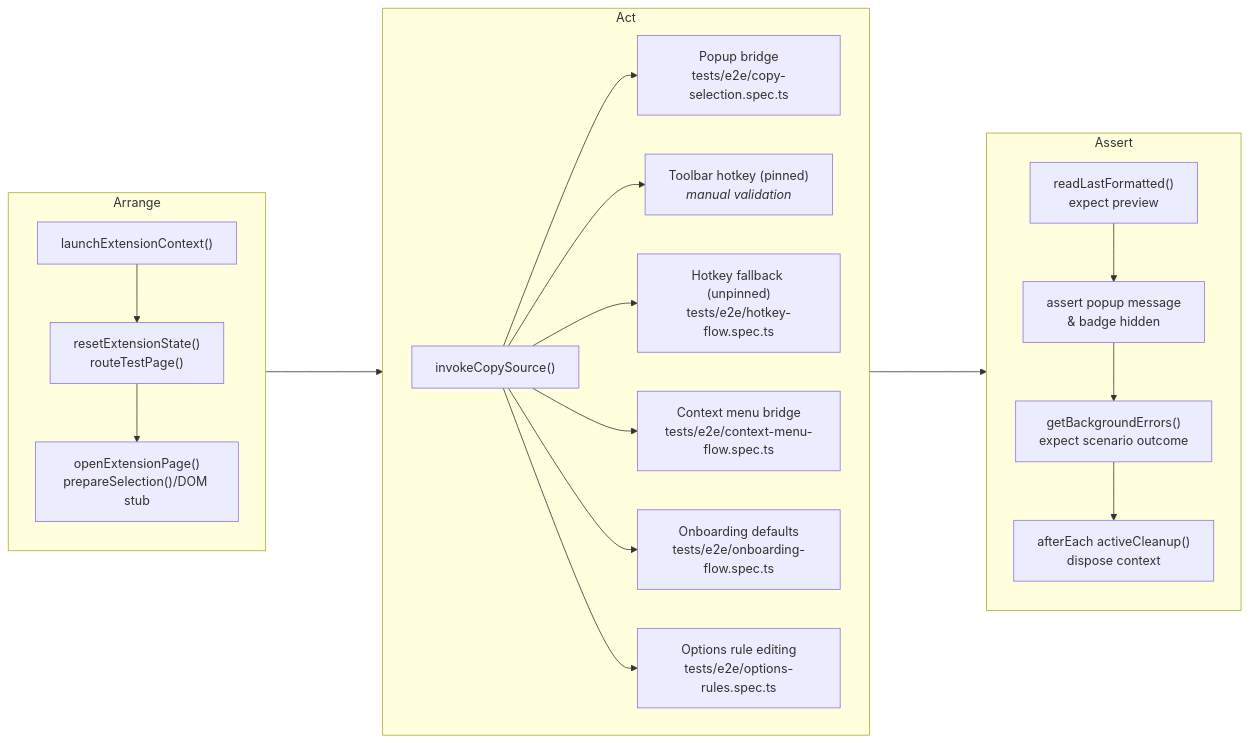
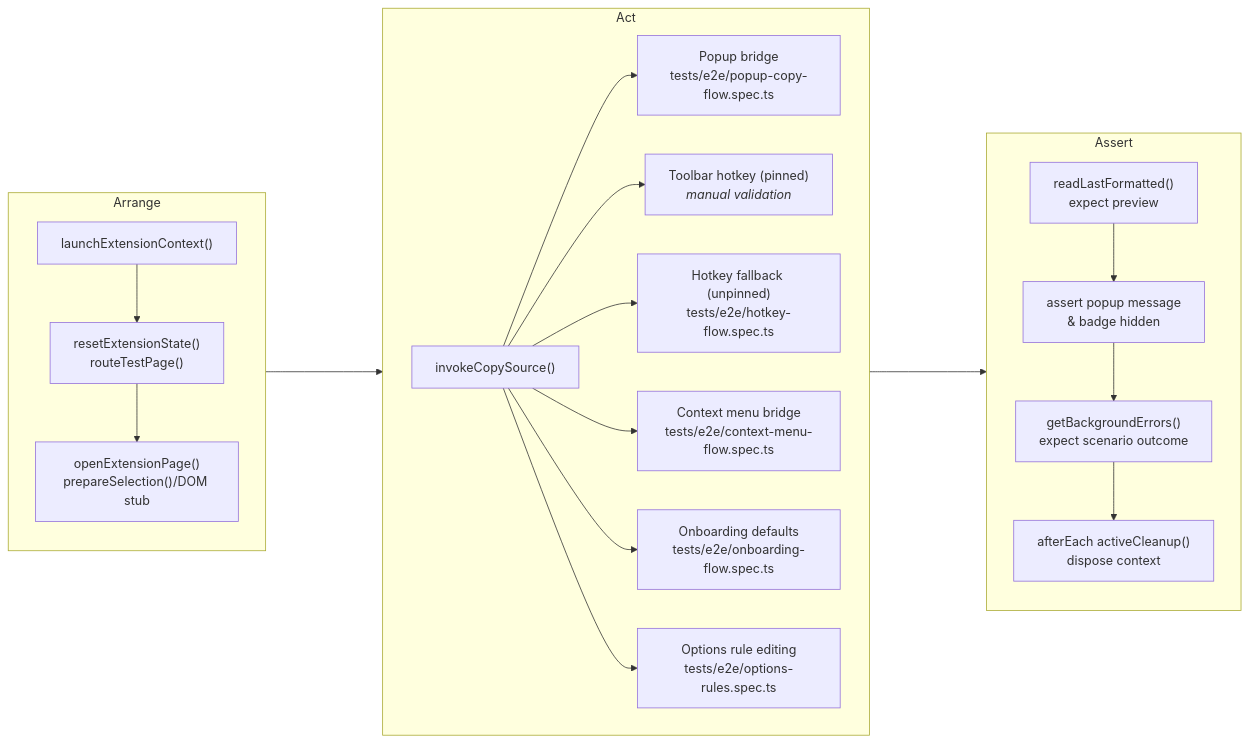
One commit to PabloLION/MarkQuote changed the diagram in docs/dev/test-coverage.md. Above: the diagram before and after it, drawn with Mermaid. The commit also changed other lines of this file and 2 other files, not shown here.

Commit message:
test(e2e): separate popup feedback and copy flows

````diff
--- a/docs/dev/test-coverage.md
+++ b/docs/dev/test-coverage.md
@@ -26,27 +26,27 @@
 ```mermaid
 flowchart LR
   %% Use IDs so we can link the subgraphs (not their inner nodes)
   subgraph ARR[Arrange]
     direction TB
     A["launchExtensionContext()"] --> B["resetExtensionState()<br/>routeTestPage()"] --> C["openExtensionPage()<br/>prepareSelection()/DOM stub"]
   end
   ARR ----> ACT
 
   subgraph ACT[Act]
     direction LR
     D["invokeCopySource()"]
-    D --> D1["Popup bridge<br/>tests/e2e/copy-selection.spec.ts"]
+    D --> D1["Popup bridge<br/>tests/e2e/popup-copy-flow.spec.ts"]
     D --> D2["Toolbar hotkey (pinned)<br/><em>manual validation</em>"]
     D --> D3["Hotkey fallback (unpinned)<br/>tests/e2e/hotkey-flow.spec.ts"]
     D --> D4["Context menu bridge<br/>tests/e2e/context-menu-flow.spec.ts"]
     D --> D5["Onboarding defaults<br/>tests/e2e/onboarding-flow.spec.ts"]
     D --> D6["Options rule editing<br/>tests/e2e/options-rules.spec.ts"]
   end
   ACT ----> ASS
 
   subgraph ASS[Assert]
     direction TB
     E["readLastFormatted()<br/>expect preview"] --> F["assert popup message<br/>& badge hidden"] --> G["getBackgroundErrors()<br/>expect scenario outcome"] --> H["afterEach activeCleanup()<br/>dispose context"]
   end
 
 ```
````
